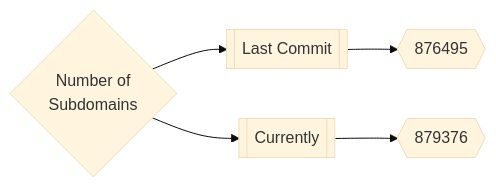
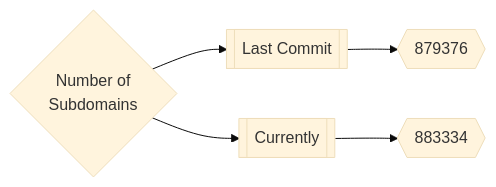
One commit to trickest/inventory changed the first of 3 diagrams in README.md. Above: the diagram before and after it, drawn with Mermaid (base theme). The commit also changed other lines of this file, not shown here.

Commit message:
Update README.md Sat Jun 11 16:32:46 UTC 2022

````diff
--- a/README.md
+++ b/README.md
@@ -165,5 +165,5 @@
 ```mermaid
 graph LR
-title{Number of<br>Subdomains} --> subdomainsDate1[[Last Commit]] --> subdomainsNum1{{876495}}
-title --> subdomainsDate2[[Currently]] --> subdomainsNum2{{879376}}
+title{Number of<br>Subdomains} --> subdomainsDate1[[Last Commit]] --> subdomainsNum1{{879376}}
+title --> subdomainsDate2[[Currently]] --> subdomainsNum2{{883334}}
 ```
````
